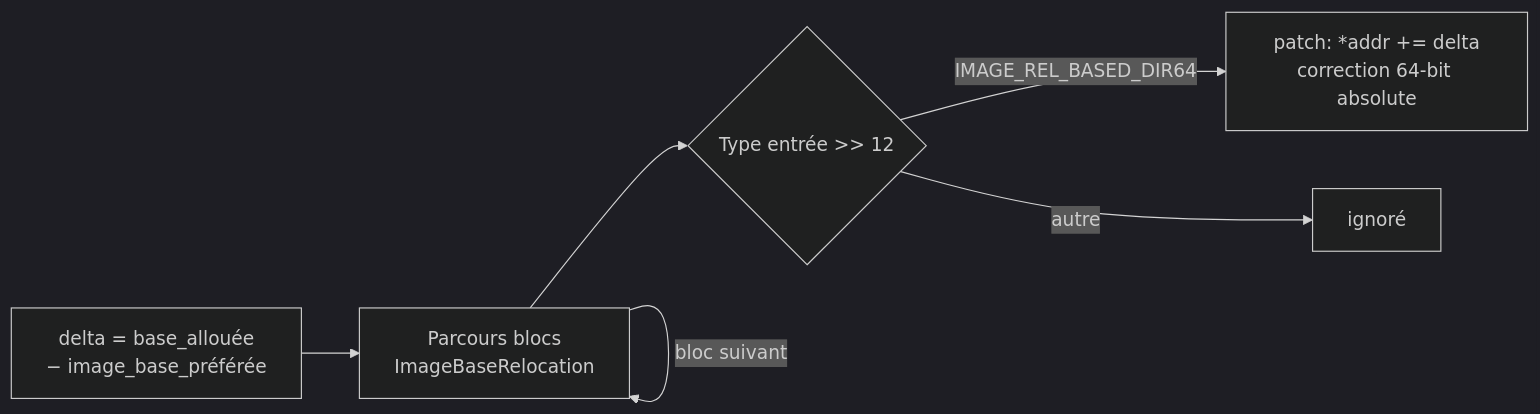
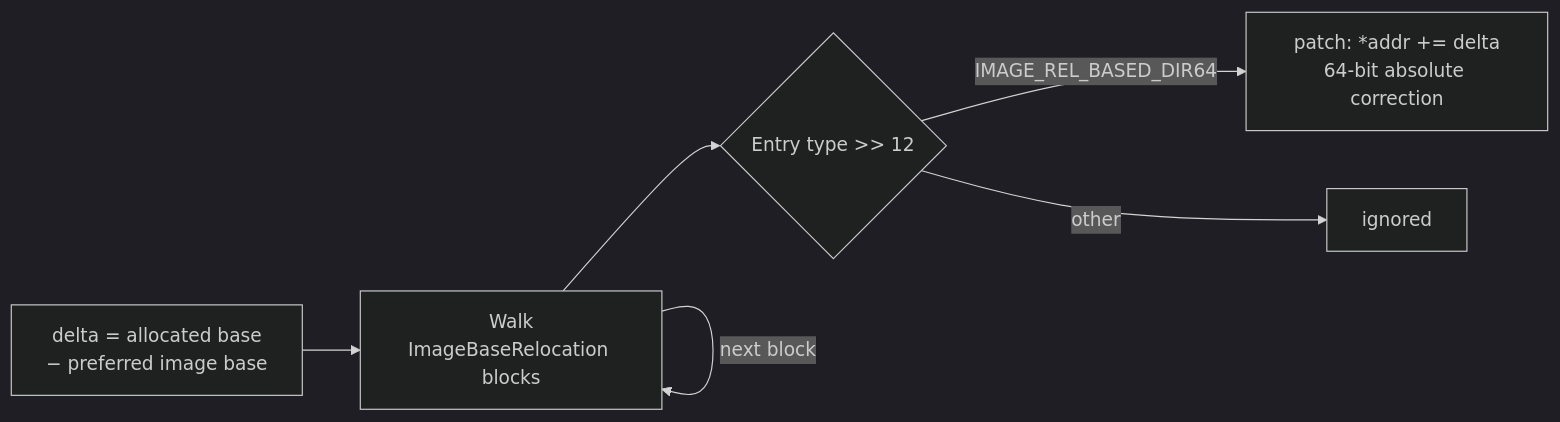
One commit to Xor290/C2-XOR changed diagram 16 of 18 in packer/DOCUMENTATION.md. Above: the diagram before and after it, drawn with Mermaid (dark theme). The commit also changed other lines of this file, not shown here.

````diff
--- a/packer/DOCUMENTATION.md
+++ b/packer/DOCUMENTATION.md
@@ -279,8 +320,8 @@
 ```mermaid
 flowchart LR
-    A[delta = base_allouée\n− image_base_préférée] --> B[Parcours blocs\nImageBaseRelocation]
-    B --> C{Type entrée >> 12}
-    C -->|IMAGE_REL_BASED_DIR64| D[patch: *addr += delta\ncorrection 64-bit absolute]
-    C -->|autre| E[ignoré]
-    B -->|bloc suivant| B
+    A[delta = allocated base\n− preferred image base] --> B[Walk\nImageBaseRelocation blocks]
+    B --> C{Entry type >> 12}
+    C -->|IMAGE_REL_BASED_DIR64| D[patch: *addr += delta\n64-bit absolute correction]
+    C -->|other| E[ignored]
+    B -->|next block| B
 ```
````
